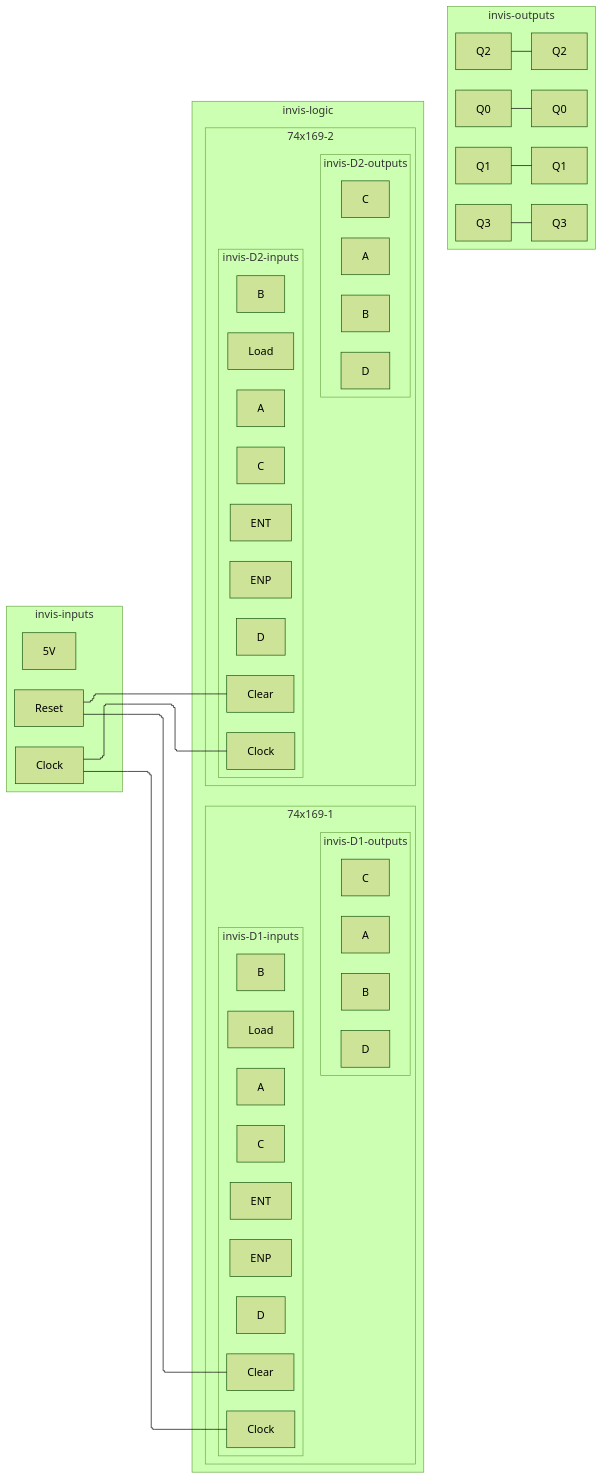
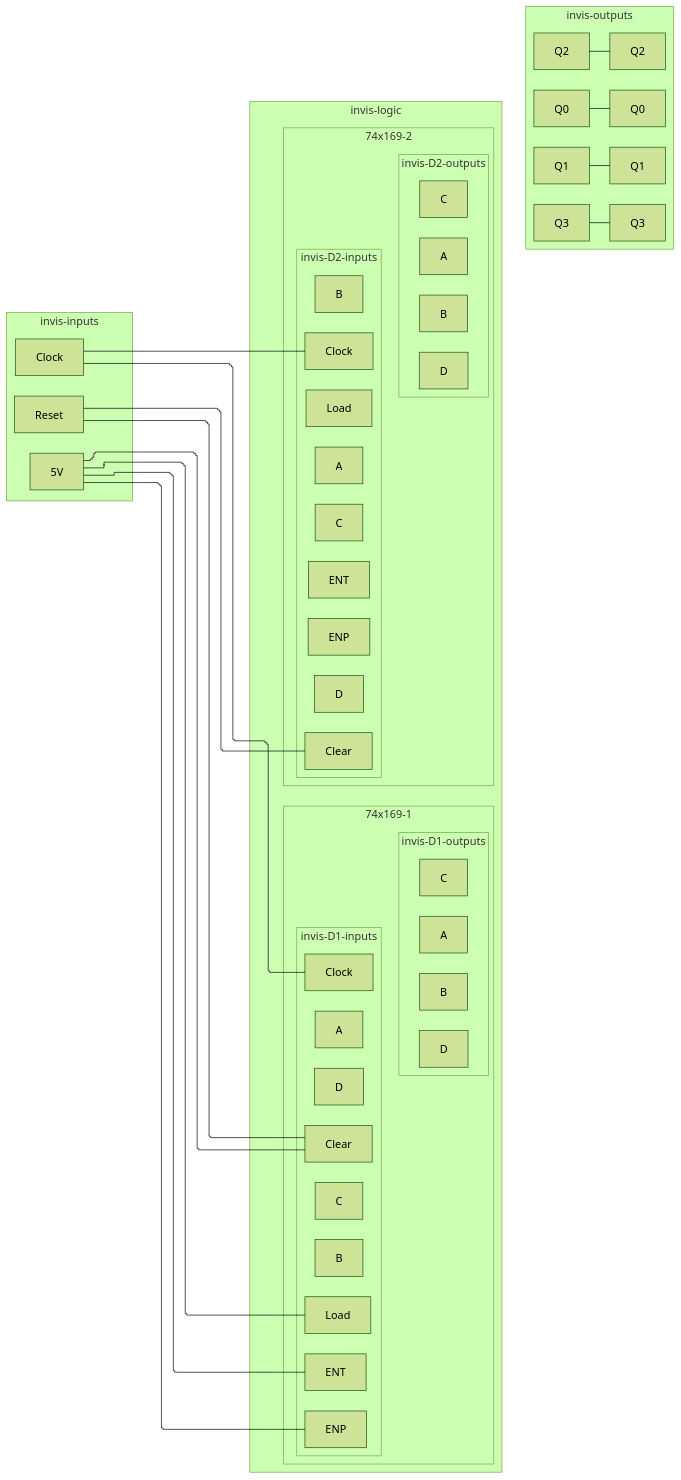
One commit to tnichols217/notes changed the seventh of 7 diagrams in CSDS 281 - Logic Design/HW/8/Tables.md. Above: the diagram before and after it, drawn with Mermaid (forest theme). The commit also changed 1 other file, not shown here.

Commit message:
vault backup: 2024-04-05 01:31:51

````diff
--- a/CSDS 281 - Logic Design/HW/8/Tables.md
+++ b/CSDS 281 - Logic Design/HW/8/Tables.md
@@ -327,63 +327,63 @@
 ```mermaid
 %%{ init: { 'flowchart': { 'curve': 'stepBefore', "defaultRenderer": "elk" } } }%%
 flowchart LR
 subgraph invis-inputs
 	Clock
 	5V
 	Reset
 end
 subgraph invis-logic
 	subgraph 74x169-1
 		subgraph invis-D1-inputs
 			D1c[Clock]
 			D1CLR[Clear]
 			D1LD[Load]
 			D1ENP[ENP]
 			D1ENT[ENT]
 			D1A[A]
 			D1B[B]
 			D1C[C]
 			D1D[D]
 		end
 		Clock --- D1c
 		Reset --- D1CLR
 		subgraph invis-D1-outputs
 			Q1A[A]
 			Q1B[B]
 			Q1C[C]
 			Q1D[D]
 		end
 		invis-D1-inputs ~~~ invis-D1-outputs
 	end
 	subgraph 74x169-2
 		subgraph invis-D2-inputs
 			D2c[Clock]
 			D2CLR[Clear]
 			D2LD[Load]
 			D2ENP[ENP]
 			D2ENT[ENT]
 			D2A[A]
 			D2B[B]
 			D2C[C]
 			D2D[D]
 		end
 		Clock --- D2c
 		Reset --- D2CLR
 		subgraph invis-D2-outputs
 			Q2A[A]
 			Q2B[B]
 			Q2C[C]
 			Q2D[D]
 		end
 		invis-D2-inputs ~~~ invis-D2-outputs
 	end
-	
+	5V --- D1LD & D1ENP & D1ENT & D1CLR
 end
 subgraph invis-outputs
 	Q0 --- Q0O[Q0]
 	Q1 --- Q1O[Q1]
 	Q2 --- Q2O[Q2]
 	Q3 --- Q3O[Q3]
 end
 invis-inputs ~~~ invis-logic ~~~ invis-outputs
 ```
````
